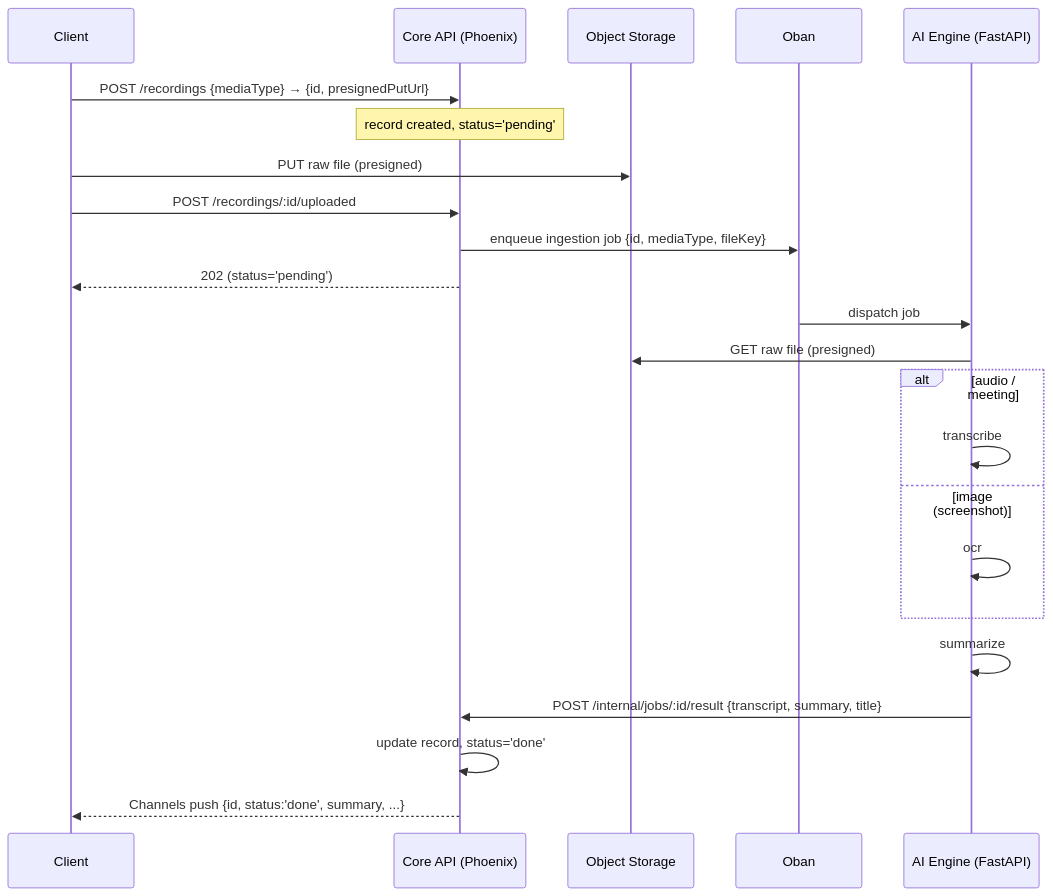
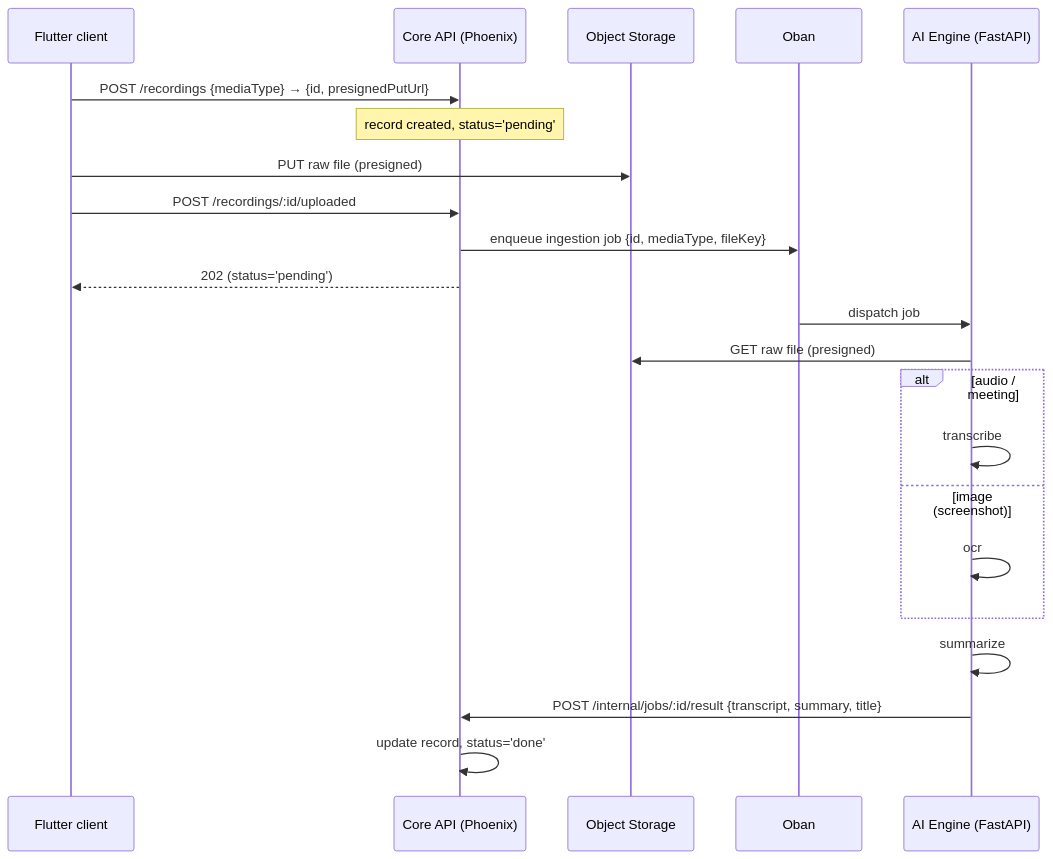
One commit to matome-org/matome-app changed the second of 2 diagrams in .docs/architecture.md. Above: the diagram before and after it, drawn with Mermaid. The commit also changed other lines of this file and 3 other files, not shown here.

````diff
--- a/.docs/architecture.md
+++ b/.docs/architecture.md
@@ -156,26 +151,25 @@
 ```mermaid
 sequenceDiagram
-  participant C as Client
+  participant C as Flutter client
   participant API as Core API (Phoenix)
   participant ST as Object Storage
   participant OB as Oban
   participant AI as AI Engine (FastAPI)
 
   C->>API: POST /recordings {mediaType} → {id, presignedPutUrl}
   Note over API: record created, status='pending'
   C->>ST: PUT raw file (presigned)
   C->>API: POST /recordings/:id/uploaded
   API->>OB: enqueue ingestion job {id, mediaType, fileKey}
   API-->>C: 202 (status='pending')
   OB->>AI: dispatch job
   AI->>ST: GET raw file (presigned)
   alt audio / meeting
     AI->>AI: transcribe
   else image (screenshot)
     AI->>AI: ocr
   end
   AI->>AI: summarize
   AI->>API: POST /internal/jobs/:id/result {transcript, summary, title}
   API->>API: update record, status='done'
-  API-->>C: Channels push {id, status:'done', summary, ...}
 ```
````
